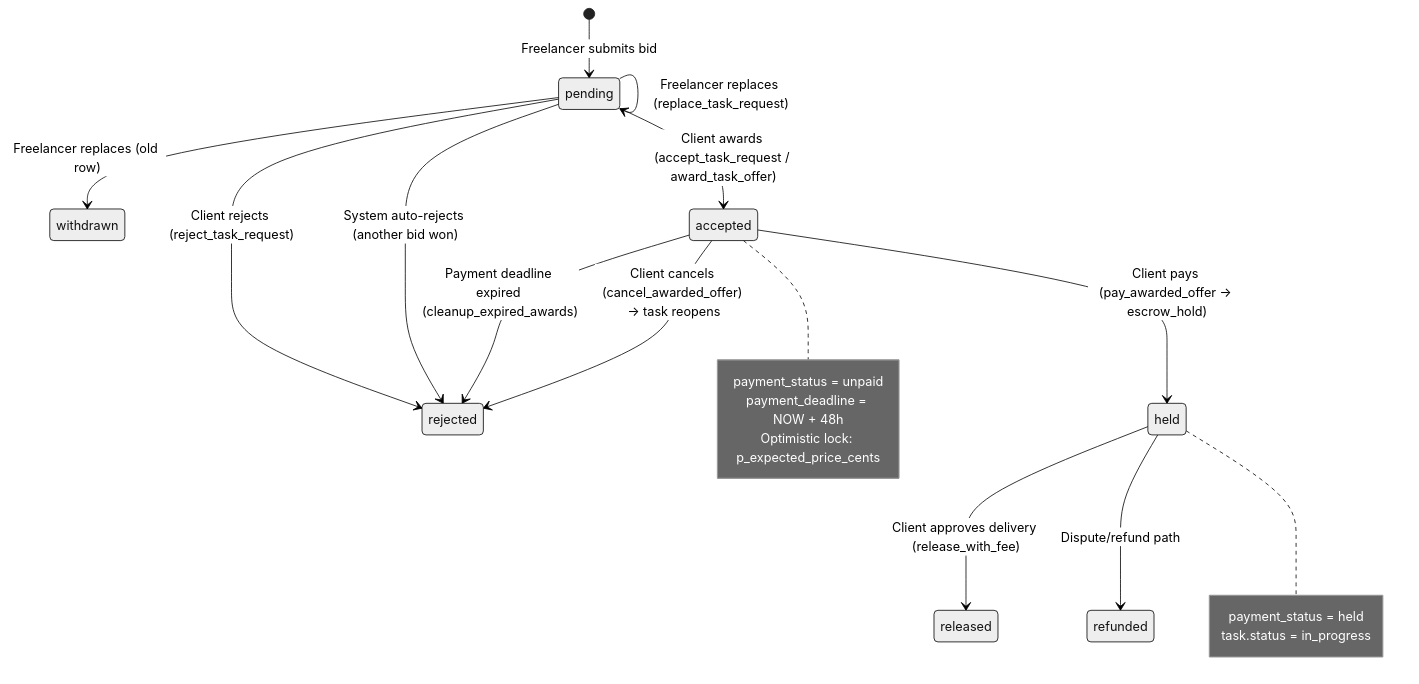
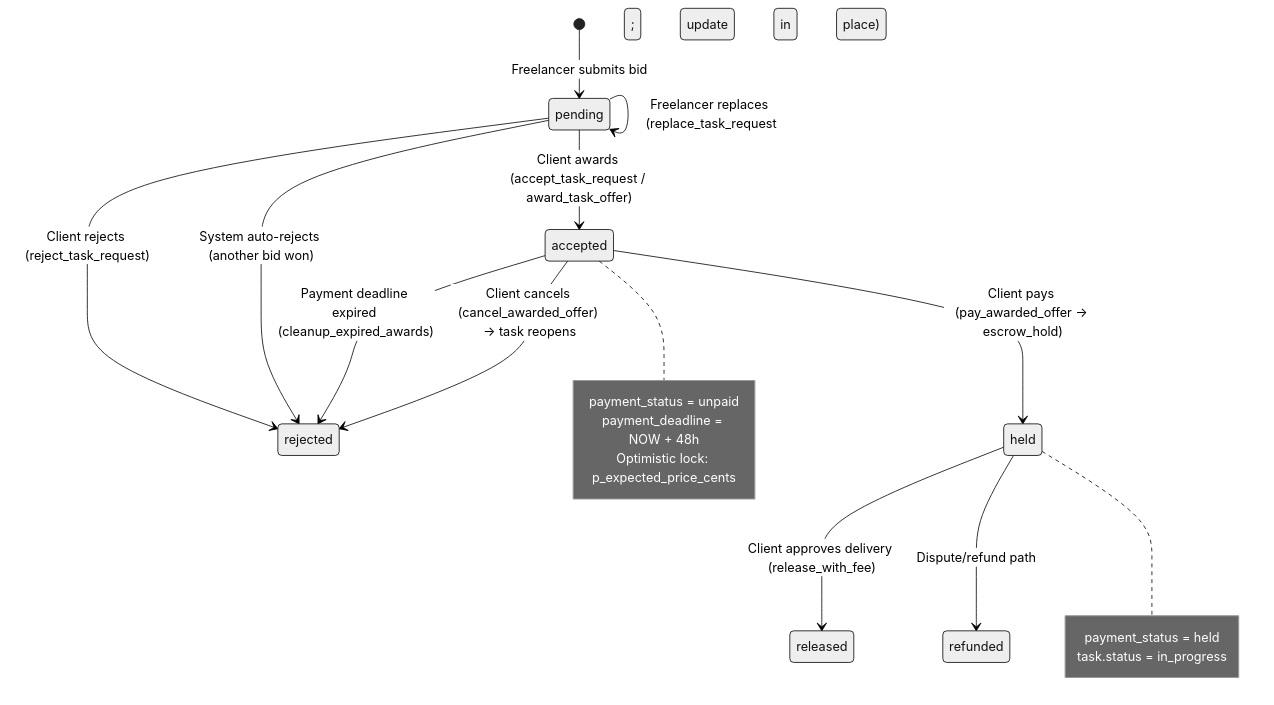
One commit to faroqomar/SlineProject changed the second of 3 diagrams in Sline_everything/AppDigram/All_Diagrams/04_task-request-bid-flow.md. Above: the diagram before and after it, drawn with Mermaid (neutral theme). The commit also changed 6 other files, not shown here.

````diff
--- a/Sline_everything/AppDigram/All_Diagrams/04_task-request-bid-flow.md
+++ b/Sline_everything/AppDigram/All_Diagrams/04_task-request-bid-flow.md
@@ -166,29 +166,28 @@
 ```mermaid
 stateDiagram-v2
     [*] --> pending: Freelancer submits bid
 
-    pending --> pending: Freelancer replaces (replace_task_request)
-    pending --> withdrawn: Freelancer replaces (old row)
+    pending --> pending: Freelancer replaces (replace_task_request; update in place)
 
     pending --> accepted: Client awards (accept_task_request / award_task_offer)
     pending --> rejected: Client rejects (reject_task_request)
     pending --> rejected: System auto-rejects (another bid won)
 
     accepted --> rejected: Payment deadline expired (cleanup_expired_awards)
     accepted --> rejected: Client cancels (cancel_awarded_offer) → task reopens
     accepted --> held: Client pays (pay_awarded_offer → escrow_hold)
 
     held --> released: Client approves delivery (release_with_fee)
     held --> refunded: Dispute/refund path
 
     note right of accepted
       payment_status = unpaid
       payment_deadline = NOW + 48h
       Optimistic lock: p_expected_price_cents
     end note
 
     note right of held
       payment_status = held
       task.status = in_progress
     end note
 ```
````
